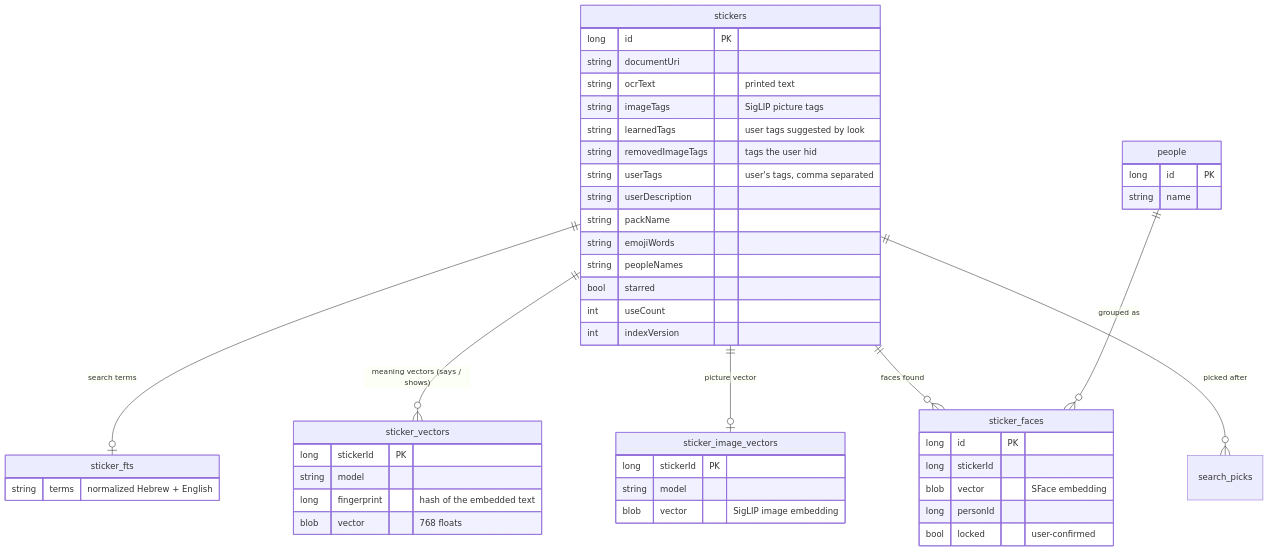
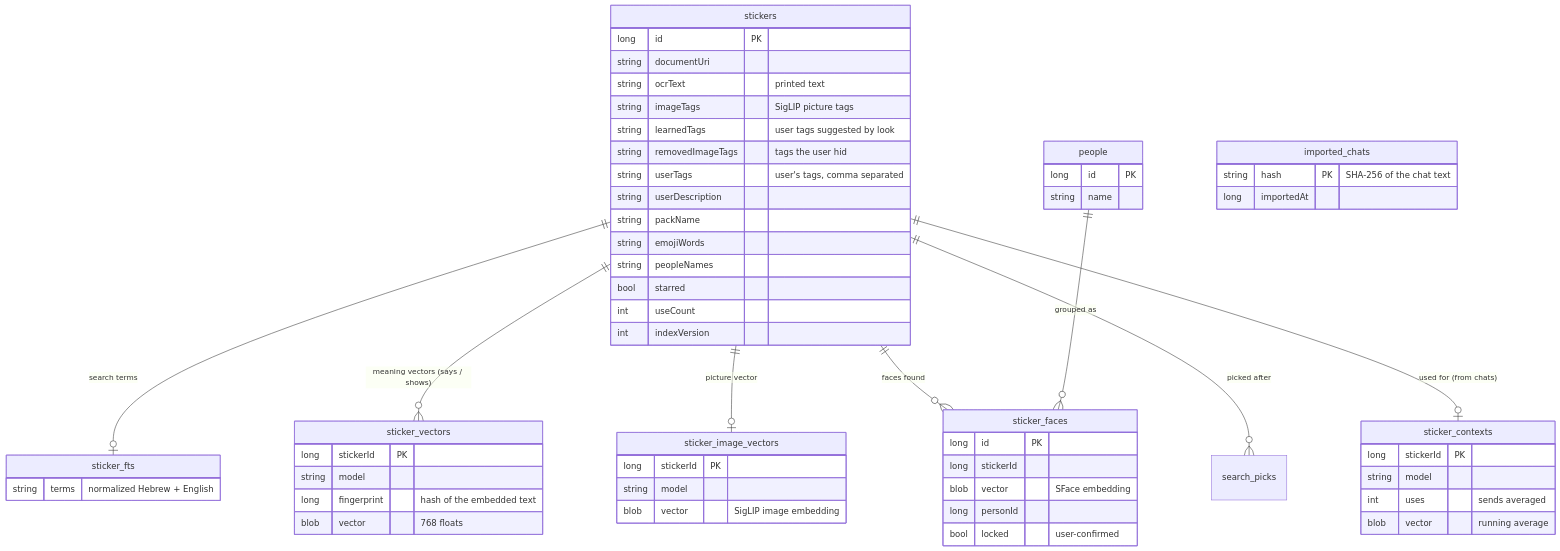
One commit to Eyal98/Whatsapp-sticker-finder changed the third of 7 diagrams in docs/ARCHITECTURE.md. Above: the diagram before and after it, drawn with Mermaid. The commit also changed other lines of this file and 22 other files, not shown here.

First line of the commit message:
Learn from your chats: what each sticker is used for, from exported WhatsApp chats

````diff
--- a/docs/ARCHITECTURE.md
+++ b/docs/ARCHITECTURE.md
@@ -85,51 +85,62 @@
 ```mermaid
 erDiagram
     stickers ||--o| sticker_fts : "search terms"
     stickers ||--o{ sticker_vectors : "meaning vectors (says / shows)"
     stickers ||--o| sticker_image_vectors : "picture vector"
     stickers ||--o{ sticker_faces : "faces found"
     people ||--o{ sticker_faces : "grouped as"
     stickers ||--o{ search_picks : "picked after"
+    stickers ||--o| sticker_contexts : "used for (from chats)"
 
     stickers {
         long id PK
         string documentUri
         string ocrText "printed text"
         string imageTags "SigLIP picture tags"
         string learnedTags "user tags suggested by look"
         string removedImageTags "tags the user hid"
         string userTags "user's tags, comma separated"
         string userDescription
         string packName
         string emojiWords
         string peopleNames
         bool starred
         int useCount
         int indexVersion
     }
     sticker_fts {
         string terms "normalized Hebrew + English"
     }
     sticker_vectors {
         long stickerId PK
         string model
         long fingerprint "hash of the embedded text"
         blob vector "768 floats"
     }
+    sticker_contexts {
+        long stickerId PK
+        string model
+        int uses "sends averaged"
+        blob vector "running average"
+    }
+    imported_chats {
+        string hash PK "SHA-256 of the chat text"
+        long importedAt
+    }
     sticker_image_vectors {
         long stickerId PK
         string model
         blob vector "SigLIP image embedding"
     }
     sticker_faces {
         long id PK
         long stickerId
         blob vector "SFace embedding"
         long personId
         bool locked "user-confirmed"
     }
     people {
         long id PK
         string name
     }
 ```
````
